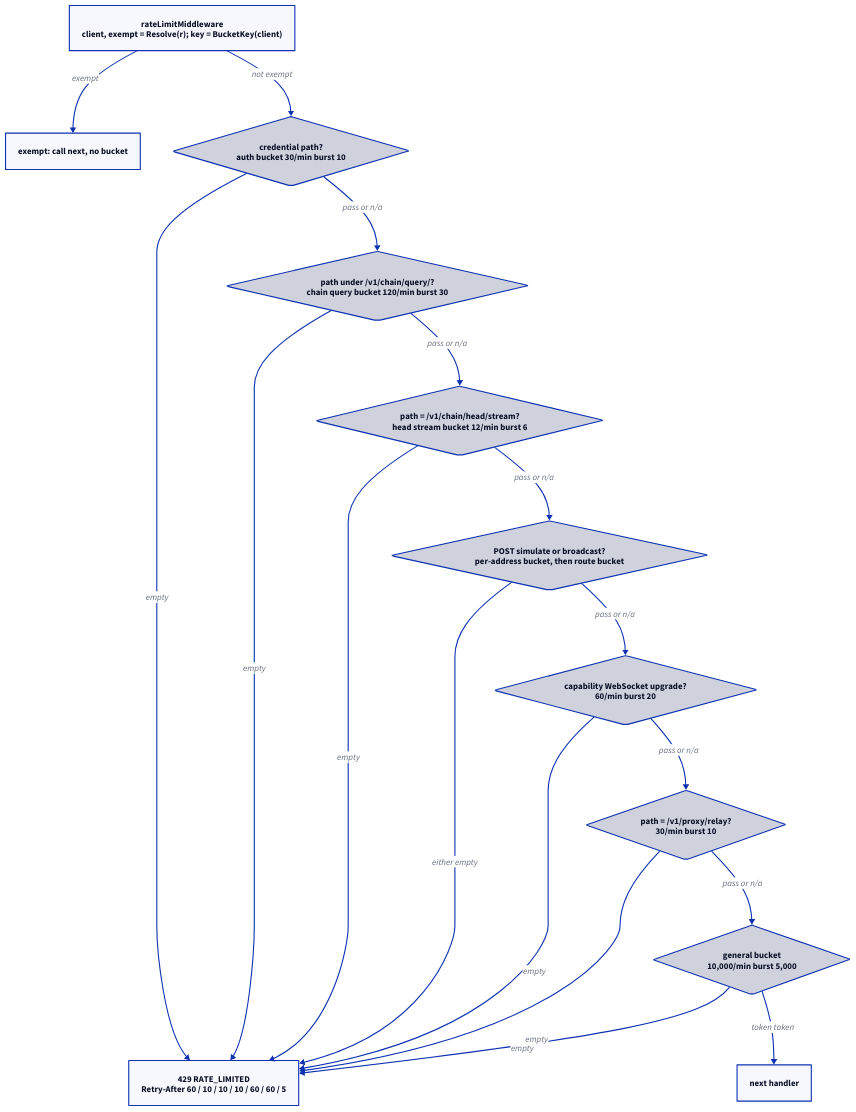
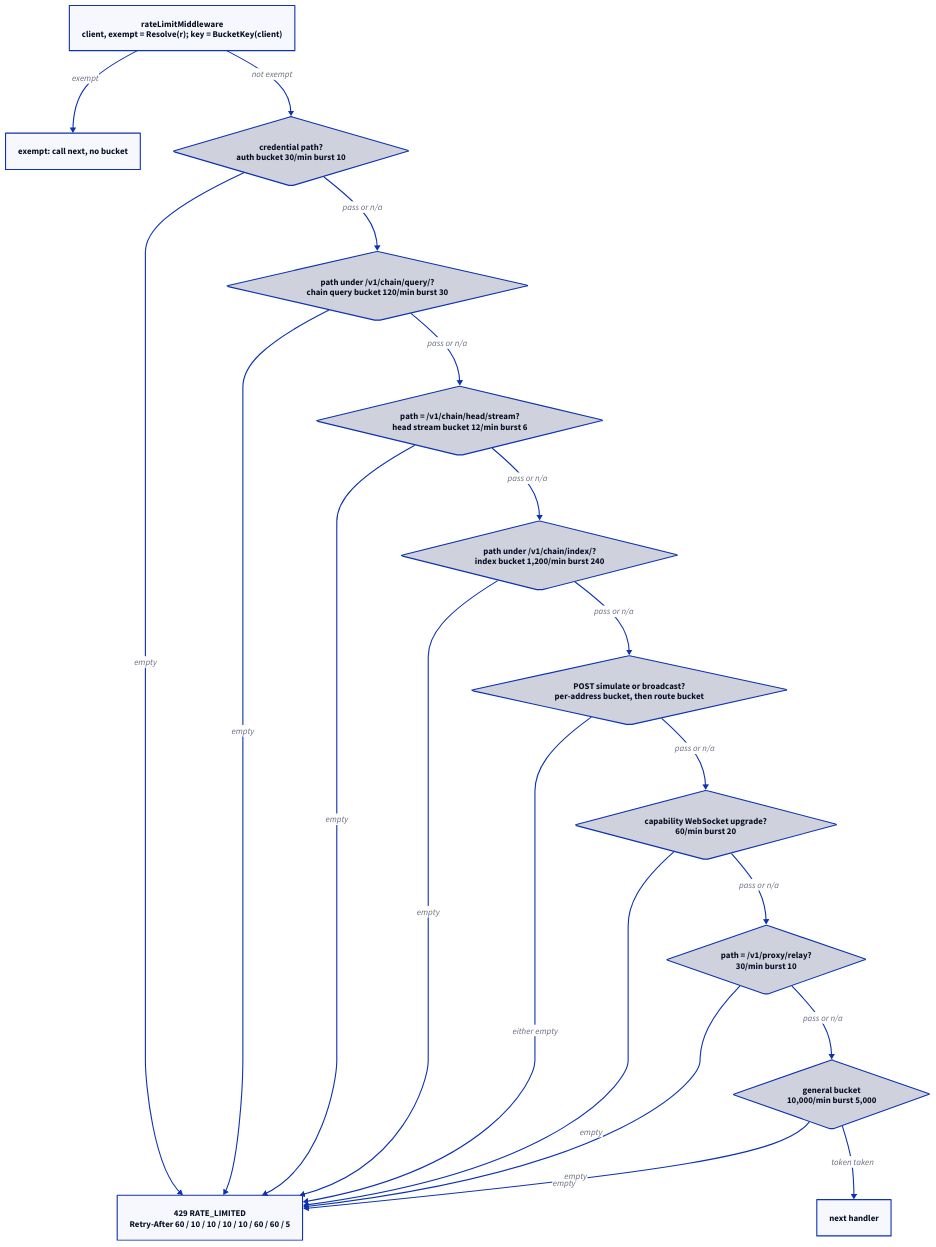
Before and after one commit to DeBrosOfficial/network: the diagram in docs/whitepaper/technical-reference/diagrams/ch27-bucket-order.d2, drawn with D2. The commit also changed 33 other files, not shown here.

```diff
--- a/docs/whitepaper/technical-reference/diagrams/ch27-bucket-order.d2
+++ b/docs/whitepaper/technical-reference/diagrams/ch27-bucket-order.d2
@@ -1,30 +1,33 @@
 direction: down
 
 in: "rateLimitMiddleware\nclient, exempt = Resolve(r); key = BucketKey(client)"
 ex: "exempt: call next, no bucket"
 a: "credential path?\nauth bucket 30/min burst 10" {shape: diamond}
 b: "path under /v1/chain/query/?\nchain query bucket 120/min burst 30" {shape: diamond}
 h: "path = /v1/chain/head/stream?\nhead stream bucket 12/min burst 6" {shape: diamond}
+i: "path under /v1/chain/index/?\nindex bucket 1,200/min burst 240" {shape: diamond}
 c: "POST simulate or broadcast?\nper-address bucket, then route bucket" {shape: diamond}
 d: "capability WebSocket upgrade?\n60/min burst 20" {shape: diamond}
 e: "path = /v1/proxy/relay?\n30/min burst 10" {shape: diamond}
 f: "general bucket\n10,000/min burst 5,000" {shape: diamond}
 ok: "next handler"
-r429: "429 RATE_LIMITED\nRetry-After 60 / 10 / 10 / 10 / 60 / 60 / 5"
+r429: "429 RATE_LIMITED\nRetry-After 60 / 10 / 10 / 10 / 10 / 60 / 60 / 5"
 
 in -> ex: "exempt"
 in -> a: "not exempt"
 a -> r429: "empty"
 a -> b: "pass or n/a"
 b -> r429: "empty"
 b -> h: "pass or n/a"
 h -> r429: "empty"
-h -> c: "pass or n/a"
+h -> i: "pass or n/a"
+i -> r429: "empty"
+i -> c: "pass or n/a"
 c -> r429: "either empty"
 c -> d: "pass or n/a"
 d -> r429: "empty"
 d -> e: "pass or n/a"
 e -> r429: "empty"
 e -> f: "pass or n/a"
 f -> r429: "empty"
 f -> ok: "token taken"
```
